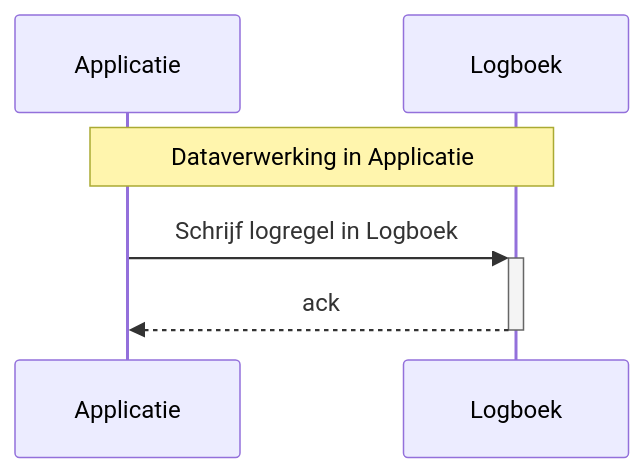
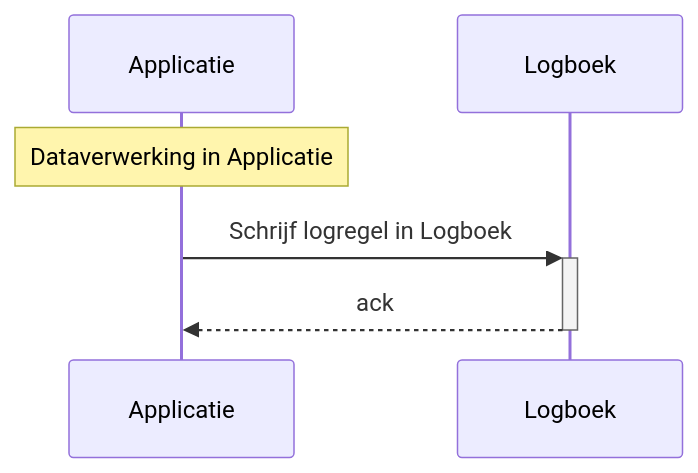
Before and after one commit to MinBZK/logboek-dataverwerkingen: the first of 2 diagrams in sections/02-architectuur/04-flows.md, drawn with Mermaid. The commit also changed other lines of this file and 1 other file, not shown here.

Commit message:
Verwerken feedback deel 2

````diff
--- a/sections/02-architectuur/04-flows.md
+++ b/sections/02-architectuur/04-flows.md
@@ -6,8 +6,8 @@
 ```mermaid
 sequenceDiagram
     participant A as Applicatie
     participant L as Logboek
-    Note over A, L: Dataverwerking in Applicatie
+    Note over A: Dataverwerking in Applicatie
     A->>+L: Schrijf logregel in Logboek
     L-->>-A: ack
 ```
````
